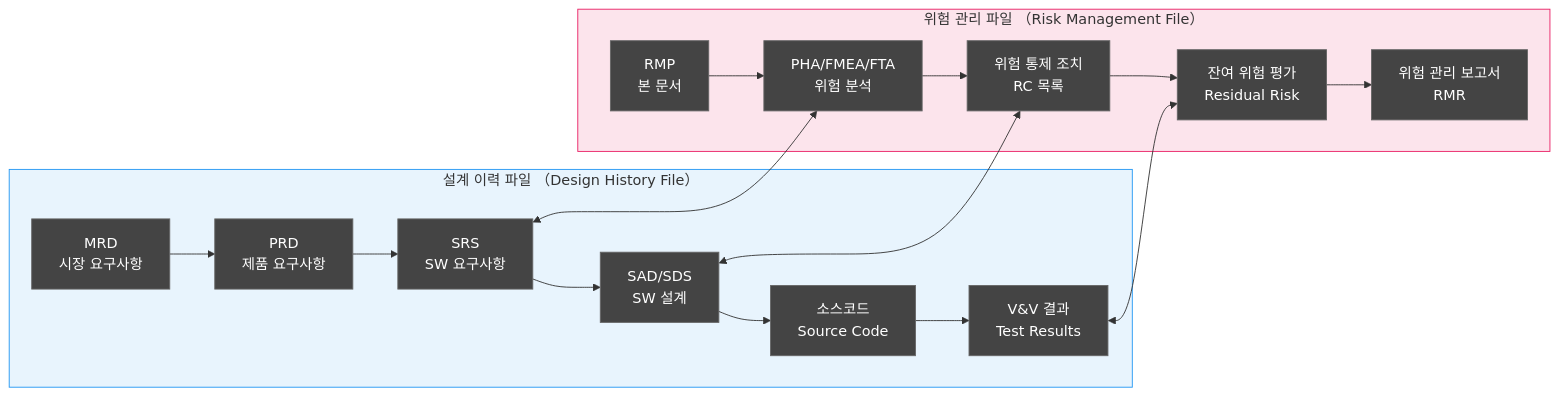
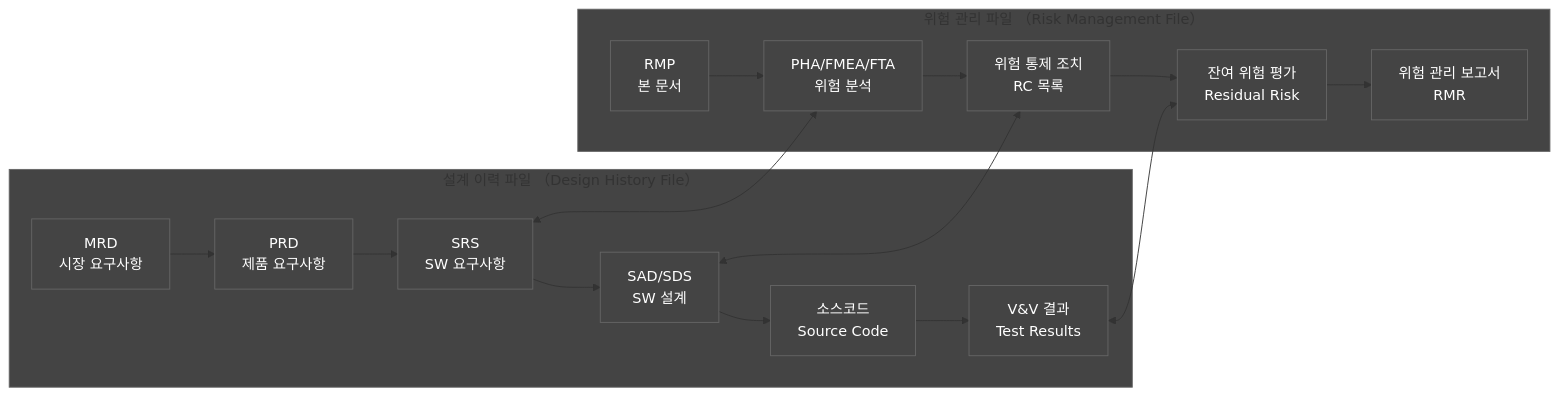
One commit to holee9/console-gui changed the seventh of 11 diagrams in docs/risk/DOC-008_Risk_Management_Plan_v1.0.md. Above: the diagram before and after it, drawn with Mermaid. The commit also changed other lines of this file and 35 other files, not shown here.

First line of the commit message:
fix: 전체 Mermaid 차트 색상 진한 회색 통일

````diff
--- a/docs/risk/DOC-008_Risk_Management_Plan_v1.0.md
+++ b/docs/risk/DOC-008_Risk_Management_Plan_v1.0.md
@@ -582,25 +582,25 @@
 ```mermaid
 graph LR
     subgraph DHF["설계 이력 파일 （Design History File）"]
         A[MRD\n시장 요구사항] --> B[PRD\n제품 요구사항]
         B --> C[SRS\nSW 요구사항]
         C --> D[SAD/SDS\nSW 설계]
         D --> E[소스코드\nSource Code]
         E --> F[V&V 결과\nTest Results]
     end
 
     subgraph RMF["위험 관리 파일 （Risk Management File）"]
         G[RMP\n본 문서] --> H[PHA/FMEA/FTA\n위험 분석]
         H --> I[위험 통제 조치\nRC 목록]
         I --> J[잔여 위험 평가\nResidual Risk]
         J --> K[위험 관리 보고서\nRMR]
     end
 
     C <--> H
     D <--> I
     F <--> J
 
     classDef default fill:#444,stroke:#666,color:#fff
-    style DHF fill:#e8f4fd,stroke:#2196F3
-    style RMF fill:#fce4ec,stroke:#E91E63
+    style DHF fill:#444,stroke:#666
+    style RMF fill:#444,stroke:#666
 ```
````
